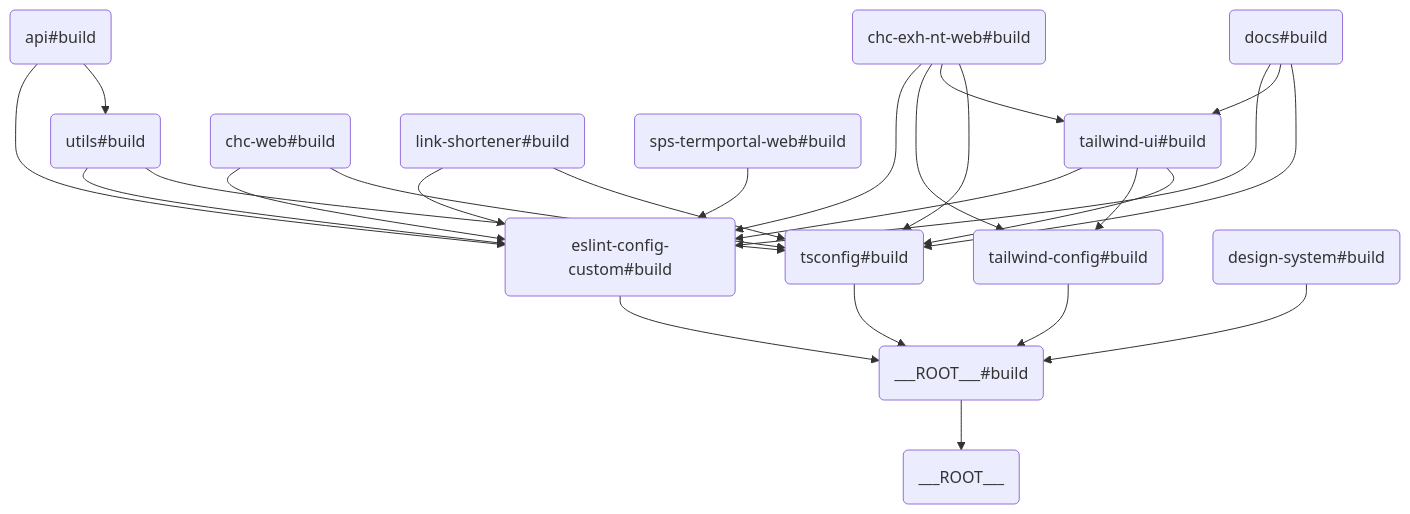
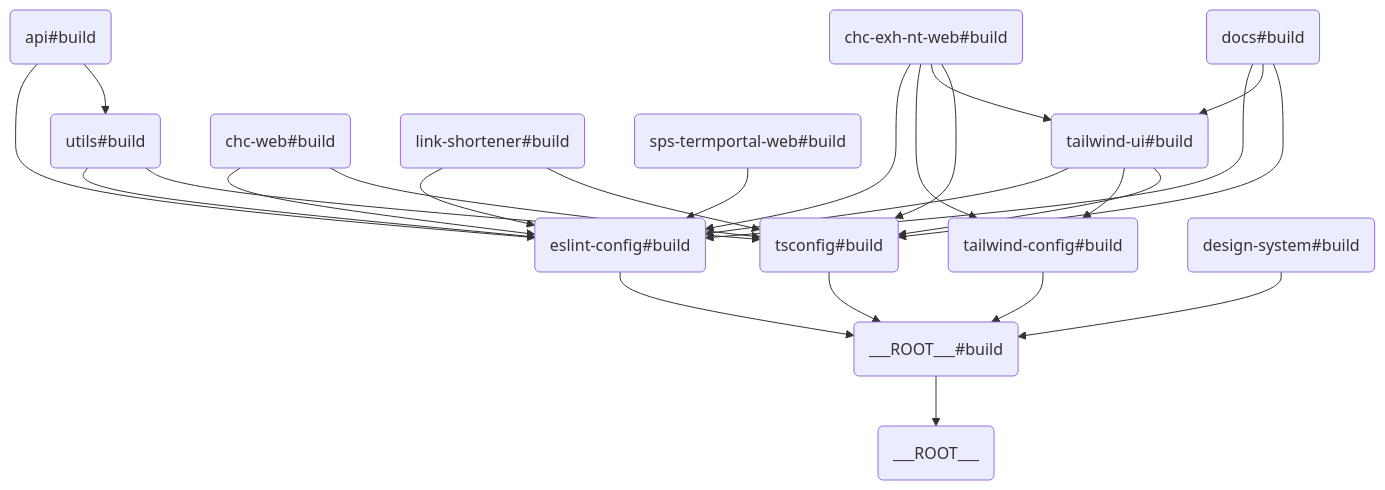
One commit to uib-ub/uib-ub-monorepo changed the second of 2 diagrams in apps/docs/src/content/en/developers/monorepo.mdx. Above: the diagram before and after it, drawn with Mermaid. The commit also changed 20 other files, not shown here.

Commit message:
Renaming shared package eslint-config-custom to eslint-config

````diff
--- a/apps/docs/src/content/en/developers/monorepo.mdx
+++ b/apps/docs/src/content/en/developers/monorepo.mdx
@@ -123,27 +123,27 @@
 ```mermaid
 graph TD
 	CXTX("___ROOT___#build") --> MKUC("___ROOT___")
-	XPYH("api#build") --> TLTN("eslint-config-custom#build")
+	XPYH("api#build") --> TLTN("eslint-config#build")
 	XPYH("api#build") --> LGSI("utils#build")
-	CGWW("chc-exh-nt-web#build") --> TLTN("eslint-config-custom#build")
+	CGWW("chc-exh-nt-web#build") --> TLTN("eslint-config#build")
 	CGWW("chc-exh-nt-web#build") --> AHYC("tailwind-config#build")
 	CGWW("chc-exh-nt-web#build") --> FPMW("tailwind-ui#build")
 	CGWW("chc-exh-nt-web#build") --> YQKY("tsconfig#build")
-	STSI("chc-web#build") --> TLTN("eslint-config-custom#build")
+	STSI("chc-web#build") --> TLTN("eslint-config#build")
 	STSI("chc-web#build") --> YQKY("tsconfig#build")
 	MDNO("design-system#build") --> CXTX("___ROOT___#build")
-	FNHG("docs#build") --> TLTN("eslint-config-custom#build")
+	FNHG("docs#build") --> TLTN("eslint-config#build")
 	FNHG("docs#build") --> FPMW("tailwind-ui#build")
 	FNHG("docs#build") --> YQKY("tsconfig#build")
-	TLTN("eslint-config-custom#build") --> CXTX("___ROOT___#build")
-	BFCM("link-shortener#build") --> TLTN("eslint-config-custom#build")
+	TLTN("eslint-config#build") --> CXTX("___ROOT___#build")
+	BFCM("link-shortener#build") --> TLTN("eslint-config#build")
 	BFCM("link-shortener#build") --> YQKY("tsconfig#build")
-	IGME("sps-termportal-web#build") --> TLTN("eslint-config-custom#build")
+	IGME("sps-termportal-web#build") --> TLTN("eslint-config#build")
 	AHYC("tailwind-config#build") --> CXTX("___ROOT___#build")
-	FPMW("tailwind-ui#build") --> TLTN("eslint-config-custom#build")
+	FPMW("tailwind-ui#build") --> TLTN("eslint-config#build")
 	FPMW("tailwind-ui#build") --> AHYC("tailwind-config#build")
 	FPMW("tailwind-ui#build") --> YQKY("tsconfig#build")
 	YQKY("tsconfig#build") --> CXTX("___ROOT___#build")
-	LGSI("utils#build") --> TLTN("eslint-config-custom#build")
+	LGSI("utils#build") --> TLTN("eslint-config#build")
 	LGSI("utils#build") --> YQKY("tsconfig#build")
 ```
````
